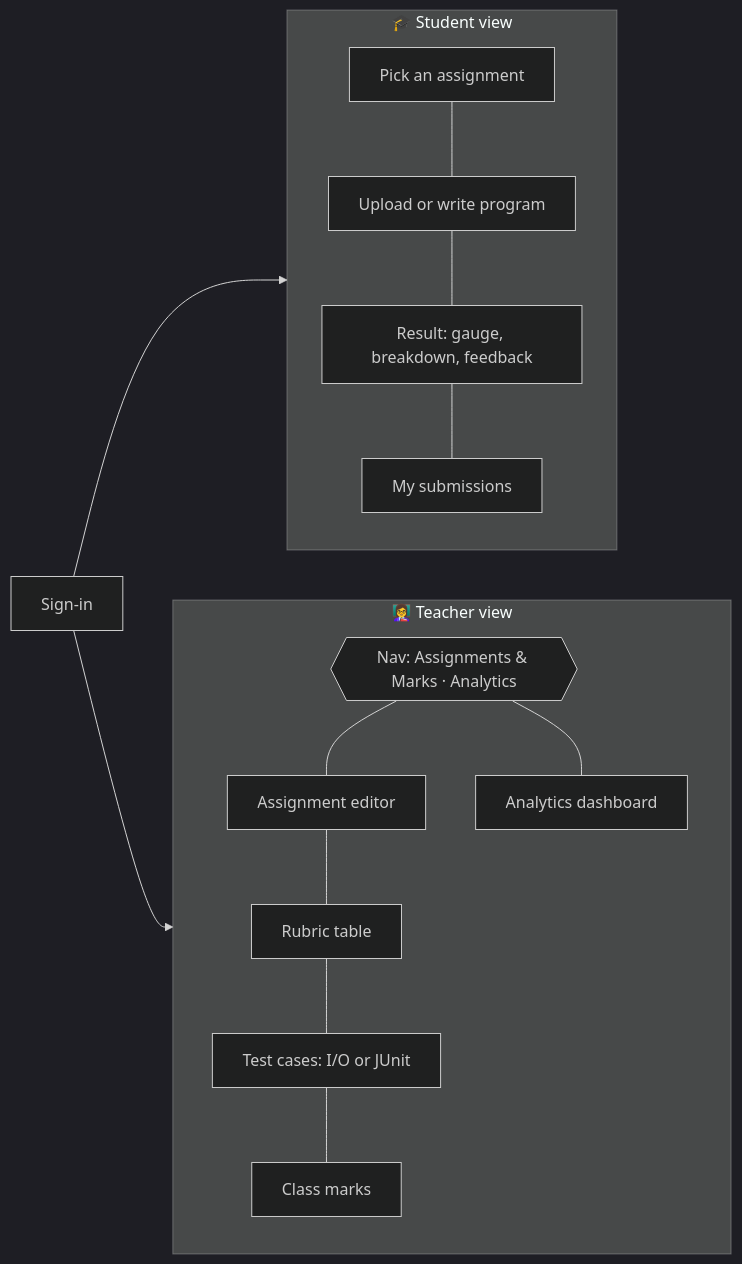
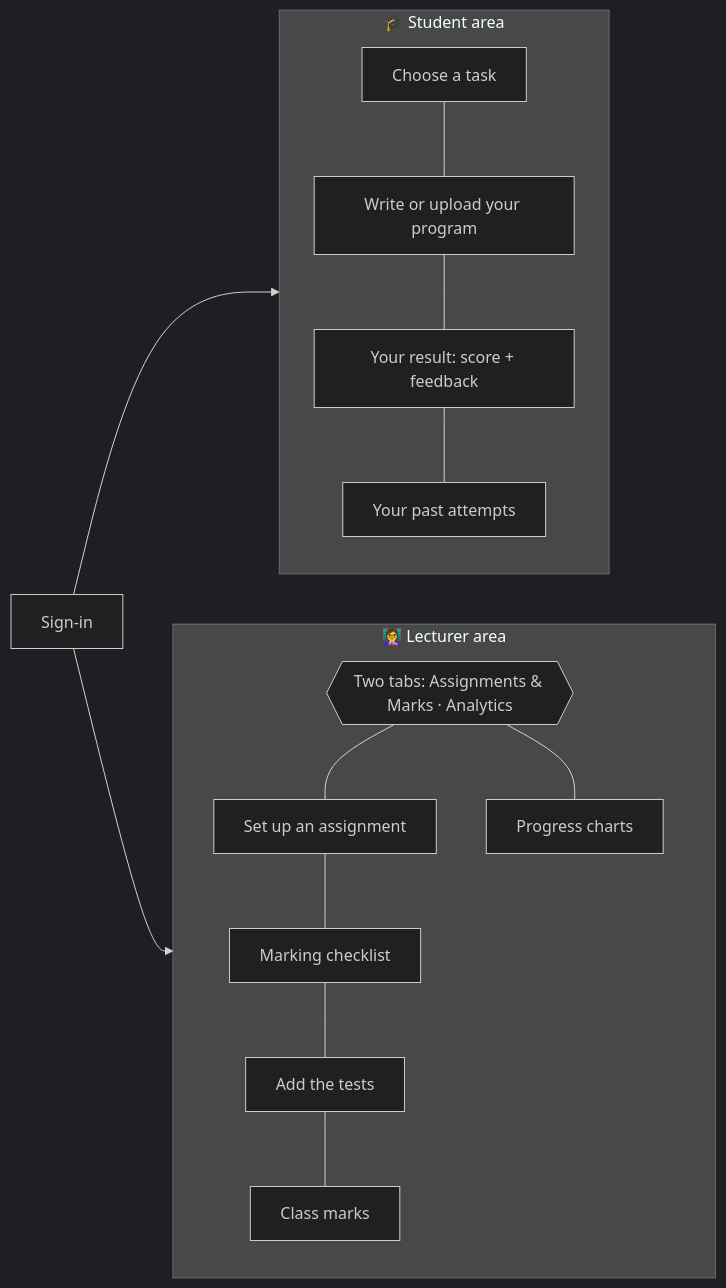
Before and after one commit to Jabulani00/AUTOMARK: the second of 8 diagrams in FLOW.md, drawn with Mermaid (dark theme). The commit also changed other lines of this file, not shown here.

Commit message:
new flow

````diff
--- a/FLOW.md
+++ b/FLOW.md
@@ -54,22 +58,22 @@
 ```mermaid
 flowchart LR
-    L[Sign-in] --> SV[Student view]
-    L --> TV[Teacher view]
+    L[Sign-in] --> SV[Student area]
+    L --> TV[Lecturer area]
 
-    subgraph SV[🎓 Student view]
+    subgraph SV[🎓 Student area]
       direction TB
-      SA[Pick an assignment] --- SB[Upload or write program]
-      SB --- SR[Result: gauge, breakdown, feedback]
-      SR --- SM[My submissions]
+      SA[Choose a task] --- SB[Write or upload your program]
+      SB --- SR[Your result: score + feedback]
+      SR --- SM[Your past attempts]
     end
 
-    subgraph TV[👩‍🏫 Teacher view]
+    subgraph TV[👩‍🏫 Lecturer area]
       direction TB
-      TN{{"Nav: Assignments & Marks · Analytics"}}
-      TN --- TE[Assignment editor]
-      TE --- TR[Rubric table]
-      TR --- TT[Test cases: I/O or JUnit]
+      TN{{"Two tabs: Assignments & Marks · Analytics"}}
+      TN --- TE[Set up an assignment]
+      TE --- TR[Marking checklist]
+      TR --- TT[Add the tests]
       TT --- TM[Class marks]
-      TN --- TAN[Analytics dashboard]
+      TN --- TAN[Progress charts]
     end
 ```
````
